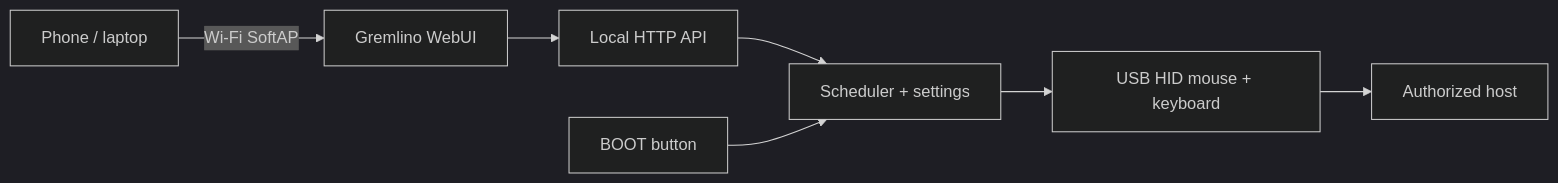
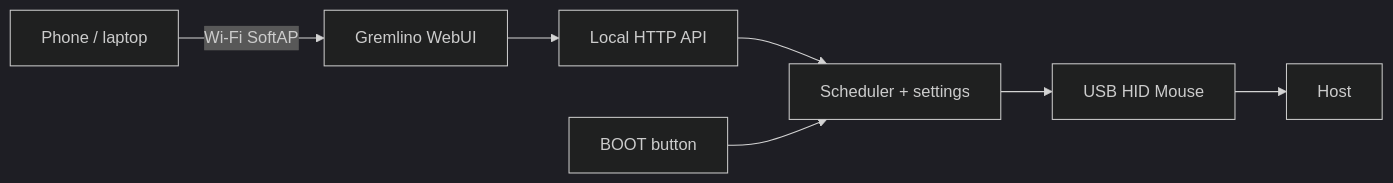
The diagram in README.md (oddyutza/Gremlino), drawn with Mermaid (dark theme) before and after one commit. The commit also changed other lines of this file, not shown here.

Commit message:
docs: add Gremlino project README

````diff
--- a/README.md
+++ b/README.md
@@ -75,9 +60,9 @@
 ```mermaid
 flowchart LR
-    Phone[Phone / laptop] -->|Wi-Fi SoftAP| Web[Gremlino WebUI]
-    Web --> API[Local HTTP API]
-    API --> State[Scheduler + settings]
-    Boot[BOOT button] --> State
-    State --> HID[USB HID mouse + keyboard]
-    HID --> Host[Authorized host]
+    Client[Phone / laptop] -->|Wi-Fi SoftAP| UI[Gremlino WebUI]
+    UI --> API[Local HTTP API]
+    API --> Scheduler[Scheduler + settings]
+    Panic[BOOT button] --> Scheduler
+    Scheduler --> HID[USB HID Mouse]
+    HID --> Host[Host]
 ```
````
